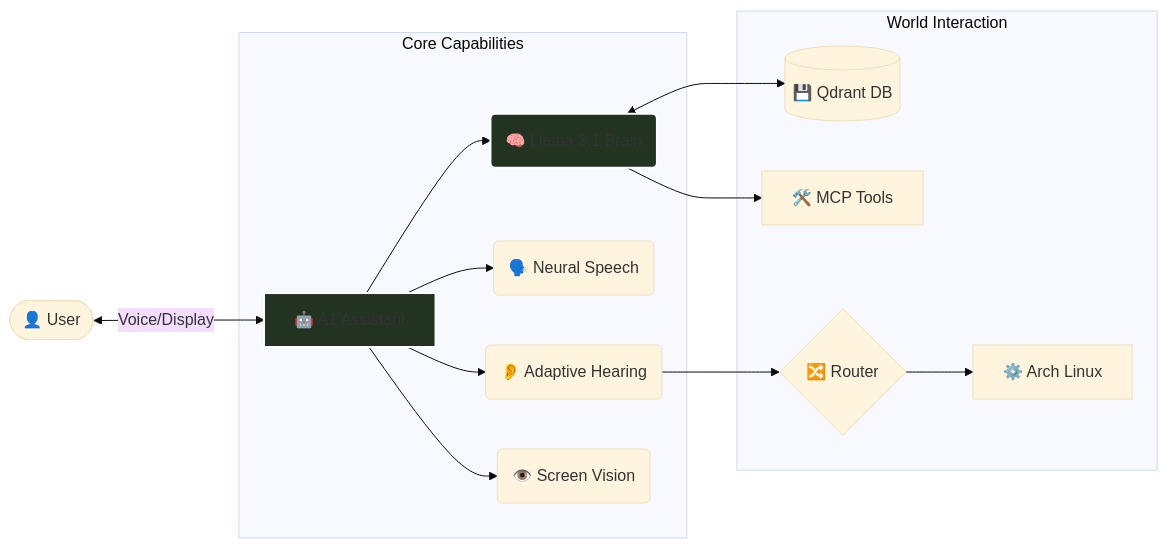
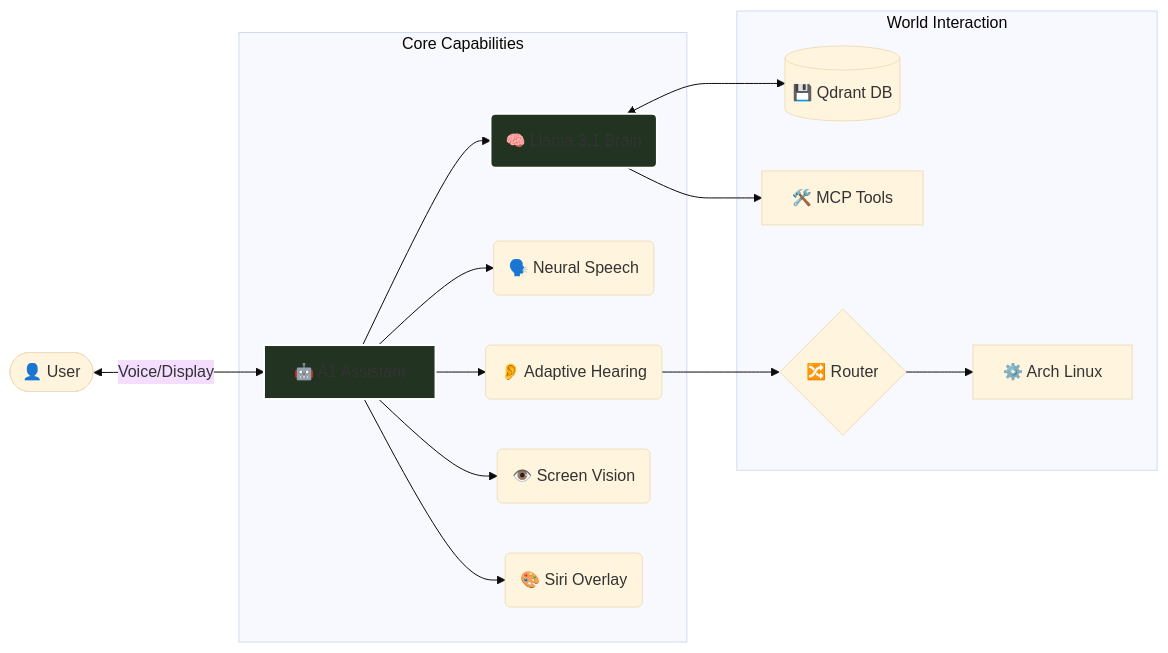
Before and after one commit to mittai17/Project-A1: the diagram in docs/00_Index.md.md, drawn with Mermaid (base theme). The commit also changed other lines of this file and 88 other files, not shown here.

First line of the commit message:
feat(v1.4.0): Add Siri-style GUI overlay with Tauri v2

````diff
--- a/docs/00_Index.md.md
+++ b/docs/00_Index.md.md
@@ -49,21 +50,22 @@
 ```mermaid
 graph LR
     User([👤 User]) <-->|Voice/Display| A1[🤖 A1 Assistant]
     
     subgraph "Core Capabilities"
         A1 --> Hearing(👂 Adaptive Hearing)
         A1 --> Speaking(🗣️ Neural Speech)
         A1 --> Brain(🧠 Llama 3.1 Brain)
         A1 --> Vision(👁️ Screen Vision)
+        A1 --> Overlay(🎨 Siri Overlay)
     end
     
     subgraph "World Interaction"
         Brain <--> Memory[(💾 Qdrant DB)]
         Brain --> Tools[🛠️ MCP Tools]
         Hearing --> Router{🔀 Router}
         Router --> System[⚙️ Arch Linux]
     end
     
     classDef core fill:#232,stroke:#fff,stroke-width:2px;
     class A1,Brain core;
 ```
````
